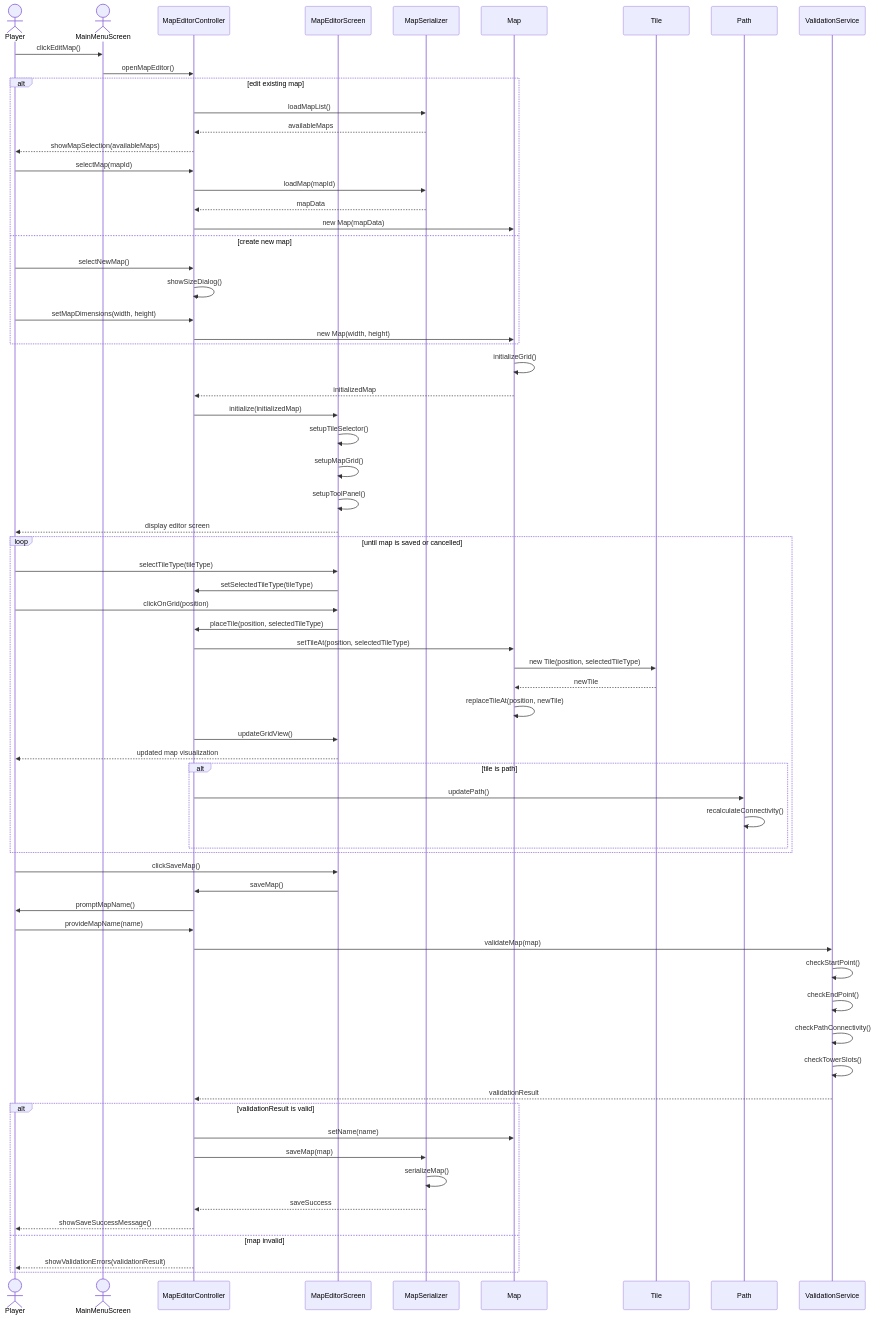
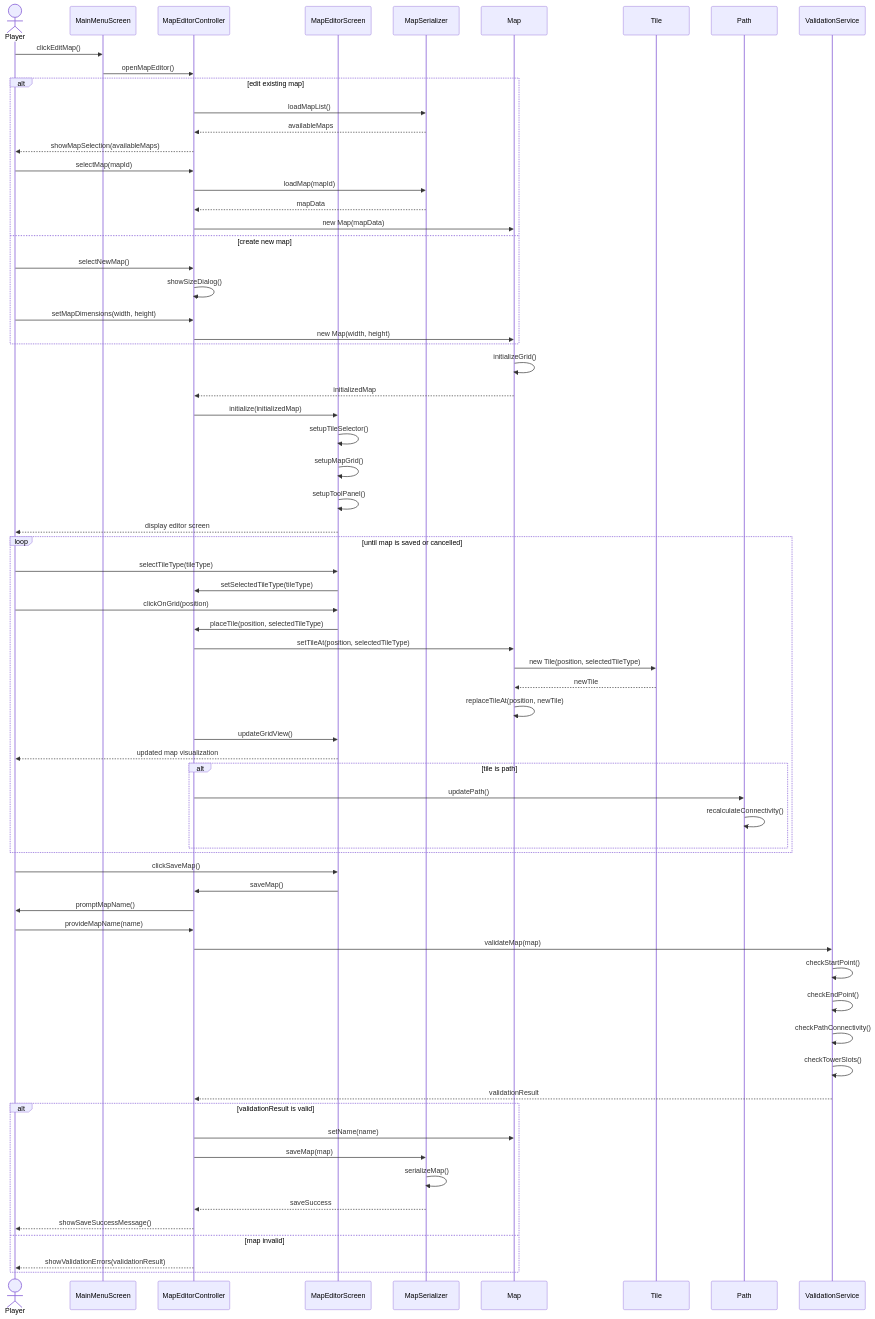
The diagram in D1-artifacts/sequence_diagrams/SD_EditMap.md (EYErbil/KuTowerDefense), drawn with Mermaid before and after one commit.

````diff
--- a/D1-artifacts/sequence_diagrams/SD_EditMap.md
+++ b/D1-artifacts/sequence_diagrams/SD_EditMap.md
@@ -3,82 +3,82 @@
 ```mermaid
 sequenceDiagram
     actor Player
-    actor MainMenuScreen
+    participant MainMenuScreen
     participant MapEditorController
     participant MapEditorScreen
     participant MapSerializer
     participant Map
     participant Tile
     participant Path
     participant ValidationService
 
     Player->>MainMenuScreen: clickEditMap()
     MainMenuScreen->>MapEditorController: openMapEditor()
     
     alt edit existing map
         MapEditorController->>MapSerializer: loadMapList()
         MapSerializer-->>MapEditorController: availableMaps
         MapEditorController-->>Player: showMapSelection(availableMaps)
         Player->>MapEditorController: selectMap(mapId)
         MapEditorController->>MapSerializer: loadMap(mapId)
         MapSerializer-->>MapEditorController: mapData
         MapEditorController->>Map: new Map(mapData)
     else create new map
         Player->>MapEditorController: selectNewMap()
         MapEditorController->>MapEditorController: showSizeDialog()
         Player->>MapEditorController: setMapDimensions(width, height)
         MapEditorController->>Map: new Map(width, height)
     end
     
     Map->>Map: initializeGrid()
     Map-->>MapEditorController: initializedMap
     
     MapEditorController->>MapEditorScreen: initialize(initializedMap)
     MapEditorScreen->>MapEditorScreen: setupTileSelector()
     MapEditorScreen->>MapEditorScreen: setupMapGrid()
     MapEditorScreen->>MapEditorScreen: setupToolPanel()
     MapEditorScreen-->>Player: display editor screen
     
     loop until map is saved or cancelled
         Player->>MapEditorScreen: selectTileType(tileType)
         MapEditorScreen->>MapEditorController: setSelectedTileType(tileType)
         
         Player->>MapEditorScreen: clickOnGrid(position)
         MapEditorScreen->>MapEditorController: placeTile(position, selectedTileType)
         MapEditorController->>Map: setTileAt(position, selectedTileType)
         Map->>Tile: new Tile(position, selectedTileType)
         Tile-->>Map: newTile
         Map->>Map: replaceTileAt(position, newTile)
         
         MapEditorController->>MapEditorScreen: updateGridView()
         MapEditorScreen-->>Player: updated map visualization
         
         alt tile is path
             MapEditorController->>Path: updatePath()
             Path->>Path: recalculateConnectivity()
         end
     end
     
     Player->>MapEditorScreen: clickSaveMap()
     MapEditorScreen->>MapEditorController: saveMap()
     
     MapEditorController->>Player: promptMapName()
     Player->>MapEditorController: provideMapName(name)
     
     MapEditorController->>ValidationService: validateMap(map)
     ValidationService->>ValidationService: checkStartPoint()
     ValidationService->>ValidationService: checkEndPoint()
     ValidationService->>ValidationService: checkPathConnectivity()
     ValidationService->>ValidationService: checkTowerSlots()
     ValidationService-->>MapEditorController: validationResult
     
     alt validationResult is valid
         MapEditorController->>Map: setName(name)
         MapEditorController->>MapSerializer: saveMap(map)
         MapSerializer->>MapSerializer: serializeMap()
         MapSerializer-->>MapEditorController: saveSuccess
         MapEditorController-->>Player: showSaveSuccessMessage()
     else map invalid
         MapEditorController-->>Player: showValidationErrors(validationResult)
     end
 ``` 
````
